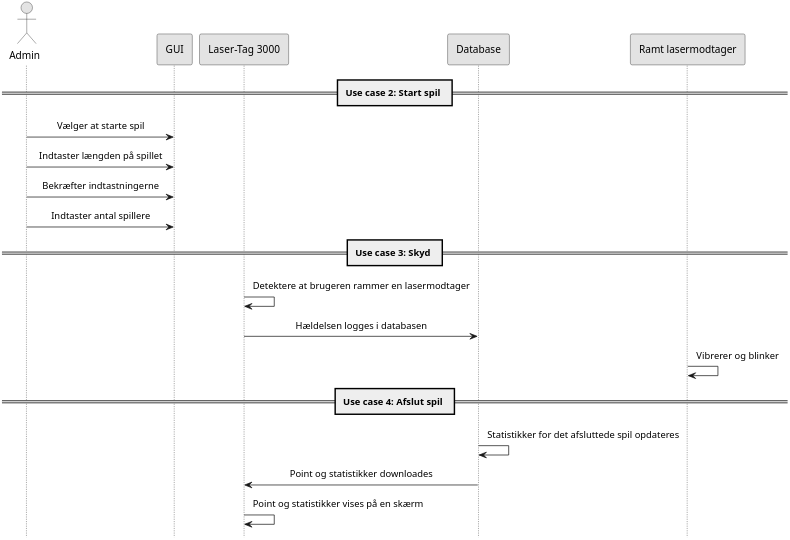
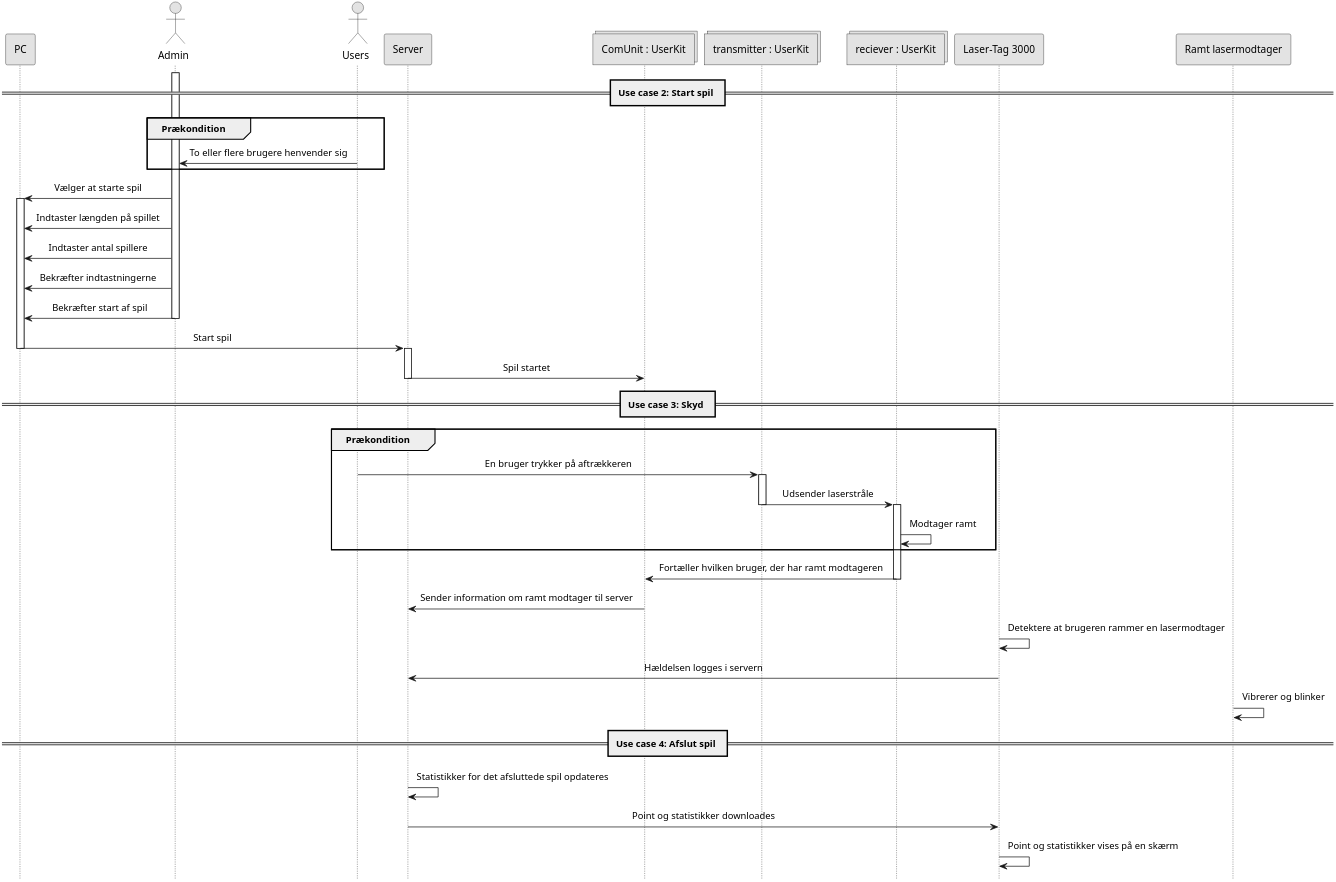
One commit to LasseKrarup/Laser-Tag-Project changed the diagram in PlantUML/ssd-uc2-4.plantuml. Above: the diagram before and after it, drawn with PlantUML. The commit also changed 2 other files, not shown here.

```diff
--- a/PlantUML/ssd-uc2-4.plantuml
+++ b/PlantUML/ssd-uc2-4.plantuml
@@ -1,44 +1,74 @@
 @startuml ssd-uc2-4
 
 hide footbox
 
 skinparam {
     monochrome true
     dpi 300
     padding 5
     sequenceMessageAlign center
     packageStyle frame
     shadowing false
     'backgroundColor transparent
 }
 
+participant "PC" as pc
 actor Admin as admin
-participant "GUI" as gui
-participant "Laser-Tag 3000" as lasertag
-participant "Database" as database
+
+actor Users as users
+participant "Server" as server
+collections "ComUnit : UserKit" as comUnit
+collections "transmitter : UserKit" as transmitter
+collections "reciever : UserKit" as reciever
+participant "Laser-Tag 3000" as laserTag
 participant "Ramt lasermodtager" as laserReciever
 
 == Use case 2: Start spil ==
 
-admin -> gui: Vælger at starte spil
-admin -> gui: Indtaster længden på spillet
-admin -> gui: Bekræfter indtastningerne
-admin -> gui: Indtaster antal spillere
+group Prækondition
+    users -> admin: To eller flere brugere henvender sig
+end
 
-'Mangler: Spil startes (Men hvordan??? Fra GUI til server til enheder???)
+activate admin
+admin -> pc: Vælger at starte spil
+activate pc
+admin -> pc: Indtaster længden på spillet
+admin -> pc: Indtaster antal spillere
+admin -> pc: Bekræfter indtastningerne
+admin -> pc: Bekræfter start af spil
+deactivate admin
+pc -> server: Start spil
+deactivate pc
+activate server
+server -> comUnit: Spil startet
+deactivate server
 
 == Use case 3: Skyd ==
 
-'Her går der noget galt - det er vel modtageren der detektere det og sender til database???
-lasertag -> lasertag: Detektere at brugeren rammer en lasermodtager
-lasertag -> database: Hældelsen logges i databasen
+group Prækondition
+    users -> transmitter: En bruger trykker på aftrækkeren
+    activate transmitter
+    transmitter -> reciever: Udsender laserstråle
+    deactivate transmitter
+    activate reciever
+    reciever -> reciever: Modtager ramt
+end
+
+reciever -> comUnit: Fortæller hvilken bruger, der har ramt modtageren
+deactivate reciever
+
+comUnit -> server: Sender information om ramt modtager til server
+
+'Her går der noget galt - det er vel modtageren der detektere det og sender til server???
+laserTag -> laserTag: Detektere at brugeren rammer en lasermodtager
+laserTag -> server: Hældelsen logges i servern
 'Hvordan ved brugeren hvor mange point han har???
 laserReciever -> laserReciever: Vibrerer og blinker
 
 == Use case 4: Afslut spil ==
 
-database -> database: Statistikker for det afsluttede spil opdateres
-database -> lasertag: Point og statistikker downloades
-lasertag -> lasertag: Point og statistikker vises på en skærm
+server -> server: Statistikker for det afsluttede spil opdateres
+server -> laserTag: Point og statistikker downloades
+laserTag -> laserTag: Point og statistikker vises på en skærm
 
 @enduml
```
